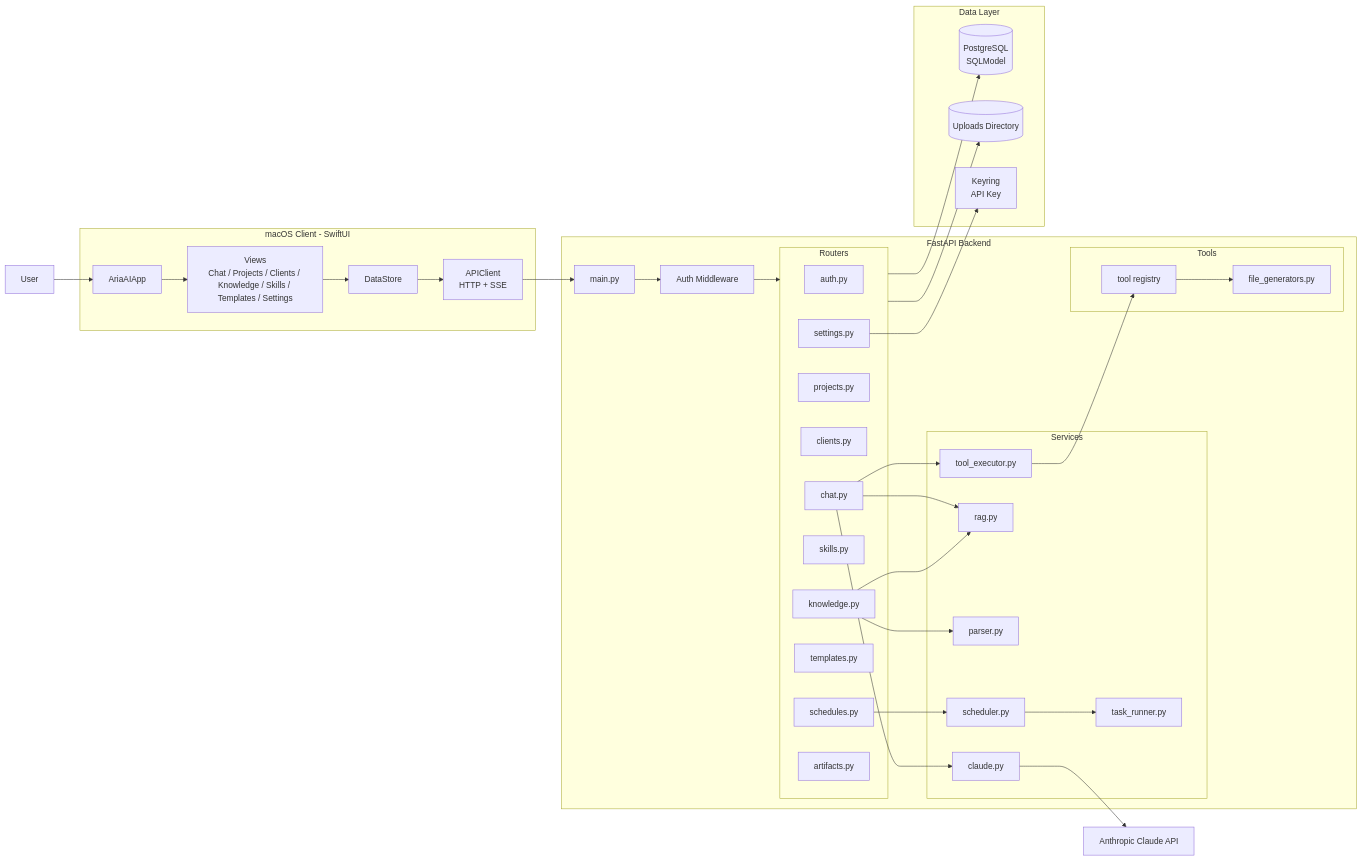
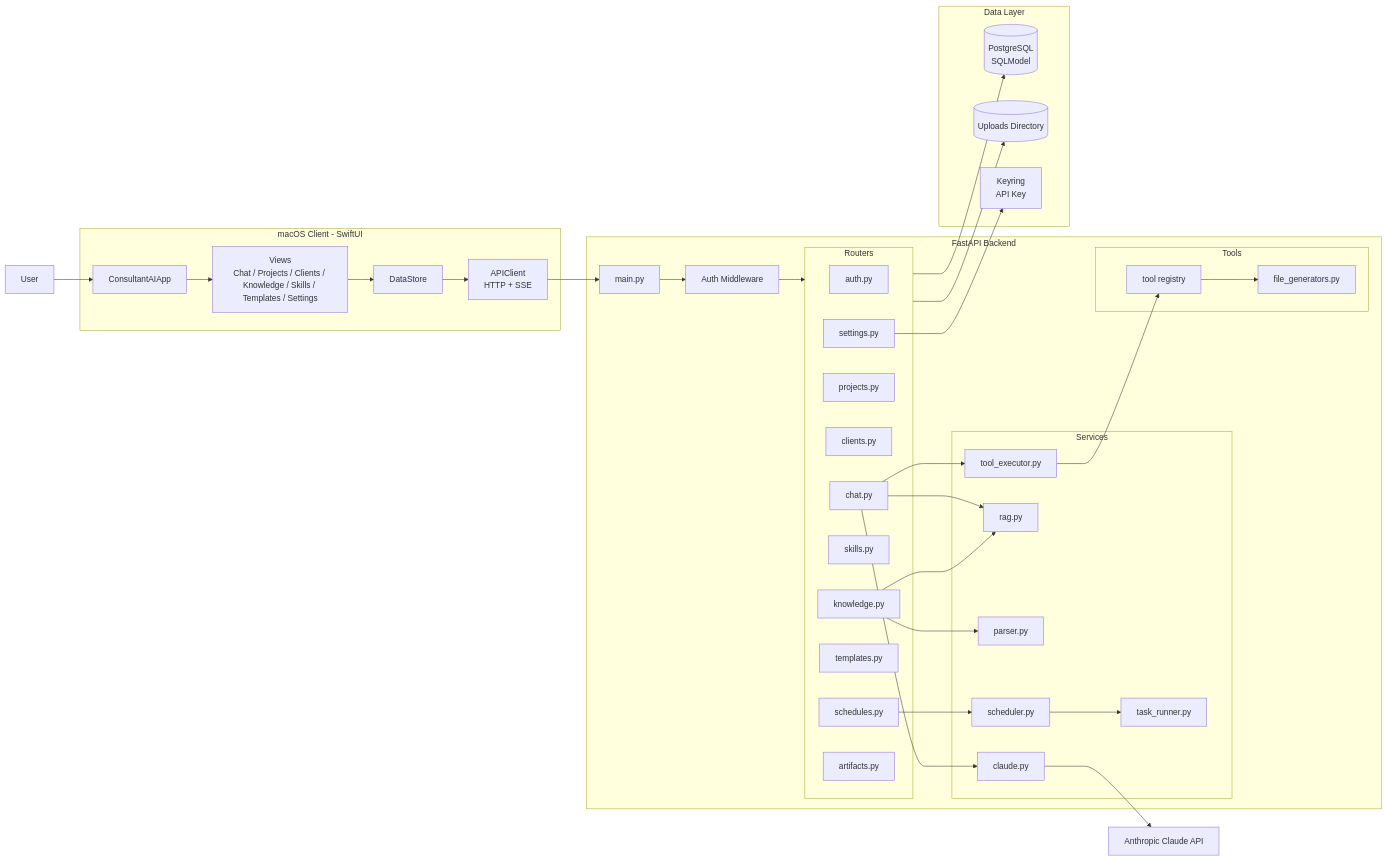
The first of 7 diagrams in docs/06-当前架构图.md (guoliang1114-boop/AriaAI), drawn with Mermaid before and after one commit. The commit also changed other lines of this file and 6 other files, not shown here.

````diff
--- a/docs/06-当前架构图.md
+++ b/docs/06-当前架构图.md
@@ -10,78 +10,78 @@
 ```mermaid
 flowchart LR
     U[User]
 
     subgraph FE[macOS Client - SwiftUI]
-        APP[AriaAIApp]
+        APP[ConsultantAIApp]
         VIEWS[Views\nChat / Projects / Clients / Knowledge / Skills / Templates / Settings]
         STORE[DataStore]
         API[APIClient\nHTTP + SSE]
     end
 
     subgraph BE[FastAPI Backend]
         MAIN[main.py]
         AUTHMW[Auth Middleware]
 
         subgraph ROUTERS[Routers]
             R_AUTH[auth.py]
             R_CHAT[chat.py]
             R_PROJECTS[projects.py]
             R_CLIENTS[clients.py]
             R_KNOWLEDGE[knowledge.py]
             R_SKILLS[skills.py]
             R_SCHEDULES[schedules.py]
             R_TEMPLATES[templates.py]
             R_SETTINGS[settings.py]
             R_ARTIFACTS[artifacts.py]
         end
 
         subgraph SERVICES[Services]
             S_CLAUDE[claude.py]
             S_RAG[rag.py]
             S_PARSER[parser.py]
             S_TOOL_EXEC[tool_executor.py]
             S_TASK[task_runner.py]
             S_SCHED[scheduler.py]
         end
 
         subgraph TOOLS[Tools]
             T_FILES[file_generators.py]
             T_REG[tool registry]
         end
     end
 
     subgraph DATA[Data Layer]
         DB[(PostgreSQL\nSQLModel)]
         UPLOADS[(Uploads Directory)]
         KEYRING[Keyring\nAPI Key]
     end
 
     EXT[Anthropic Claude API]
 
     U --> APP
     APP --> VIEWS
     VIEWS --> STORE
     STORE --> API
     API --> MAIN
     MAIN --> AUTHMW
     AUTHMW --> ROUTERS
 
     R_CHAT --> S_CLAUDE
     R_CHAT --> S_RAG
     R_CHAT --> S_TOOL_EXEC
 
     R_KNOWLEDGE --> S_PARSER
     R_KNOWLEDGE --> S_RAG
 
     R_SCHEDULES --> S_SCHED
     S_SCHED --> S_TASK
 
     S_TOOL_EXEC --> T_REG
     T_REG --> T_FILES
 
     ROUTERS --> DB
     ROUTERS --> UPLOADS
     R_SETTINGS --> KEYRING
 
     S_CLAUDE --> EXT
 ```
````
